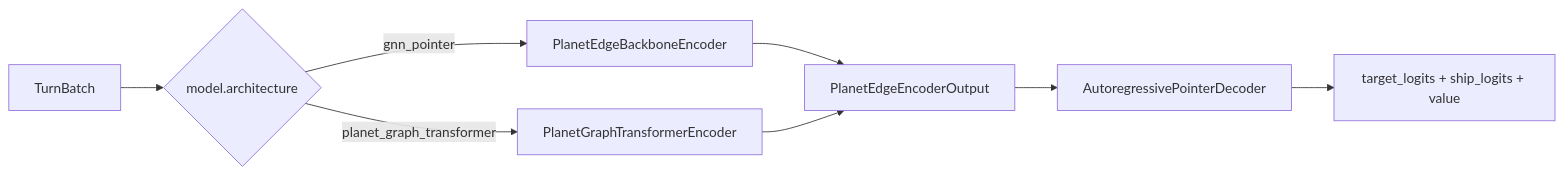
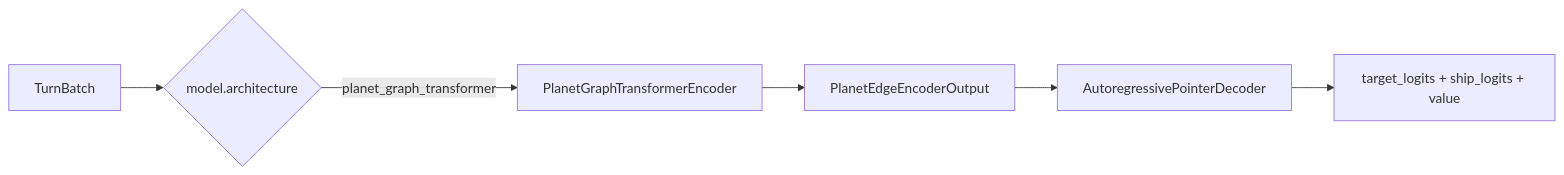
Before and after one commit to jmduea/orbit_wars: the diagram in docs/architecture/jax-policy-encoder.md, drawn with Mermaid. The commit also changed 241 other files, not shown here.

First line of the commit message:
chore(cleanup): retire legacy config paths, gnn_pointer, and OMG clutter

````diff
--- a/docs/architecture/jax-policy-encoder.md
+++ b/docs/architecture/jax-policy-encoder.md
@@ -9,10 +9,8 @@
 ```mermaid
 flowchart LR
     TB[TurnBatch] --> DISPATCH{model.architecture}
-    DISPATCH -->|gnn_pointer| GNN[PlanetEdgeBackboneEncoder]
     DISPATCH -->|planet_graph_transformer| TX[PlanetGraphTransformerEncoder]
-    GNN --> OUT[PlanetEdgeEncoderOutput]
-    TX --> OUT
+    TX --> OUT[PlanetEdgeEncoderOutput]
     OUT --> DEC[AutoregressivePointerDecoder]
     DEC --> ACT[target_logits + ship_logits + value]
 ```
````
